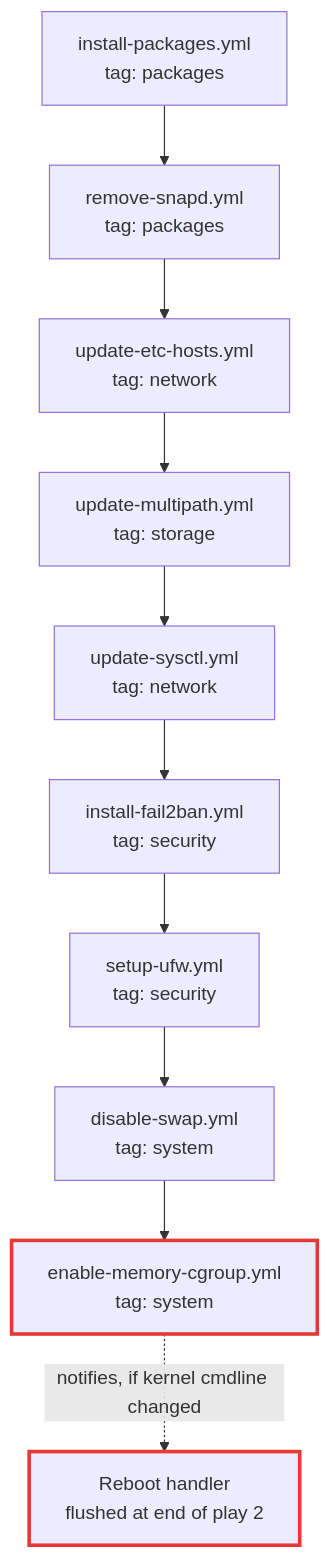
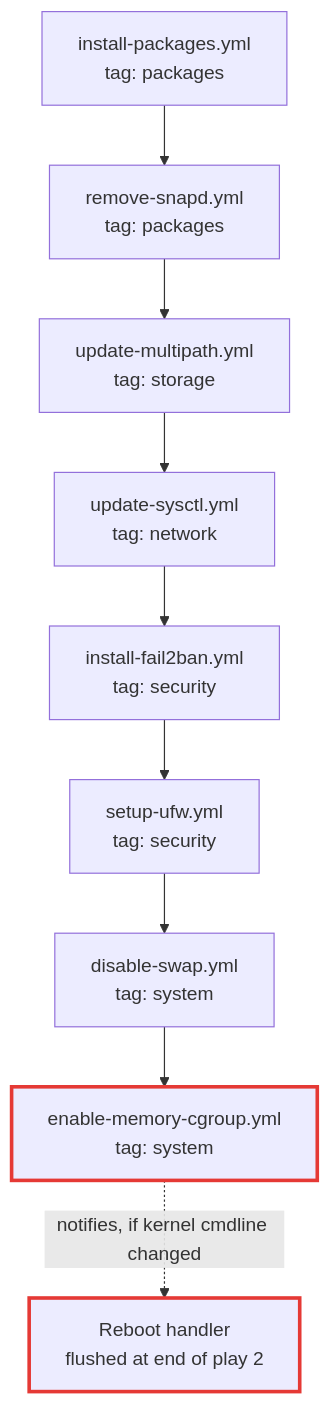
One commit to chrisleekr/homelab-infrastructure changed the diagram in docs/stage1/roles/host-setup.md. Above: the diagram before and after it, drawn with Mermaid. The commit also changed other lines of this file and 143 other files, not shown here.

````diff
--- a/docs/stage1/roles/host-setup.md
+++ b/docs/stage1/roles/host-setup.md
@@ -11,18 +11,17 @@
 ```mermaid
 flowchart TD
     pkg["install-packages.yml<br/>tag: packages"]
     snapd["remove-snapd.yml<br/>tag: packages"]
-    hosts["update-etc-hosts.yml<br/>tag: network"]
     mpath["update-multipath.yml<br/>tag: storage"]
     sysctl["update-sysctl.yml<br/>tag: network"]
     fail2ban["install-fail2ban.yml<br/>tag: security"]
     ufw["setup-ufw.yml<br/>tag: security"]
     swap["disable-swap.yml<br/>tag: system"]
     cgroup["enable-memory-cgroup.yml<br/>tag: system"]:::danger
     rebootd["Reboot handler<br/>flushed at end of play 2"]:::danger
 
-    pkg --> snapd --> hosts --> mpath --> sysctl --> fail2ban --> ufw --> swap --> cgroup
+    pkg --> snapd --> mpath --> sysctl --> fail2ban --> ufw --> swap --> cgroup
     cgroup -.->|"notifies, if kernel cmdline changed"| rebootd
 
     classDef danger stroke:#e53935,stroke-width:3px
 ```
````
